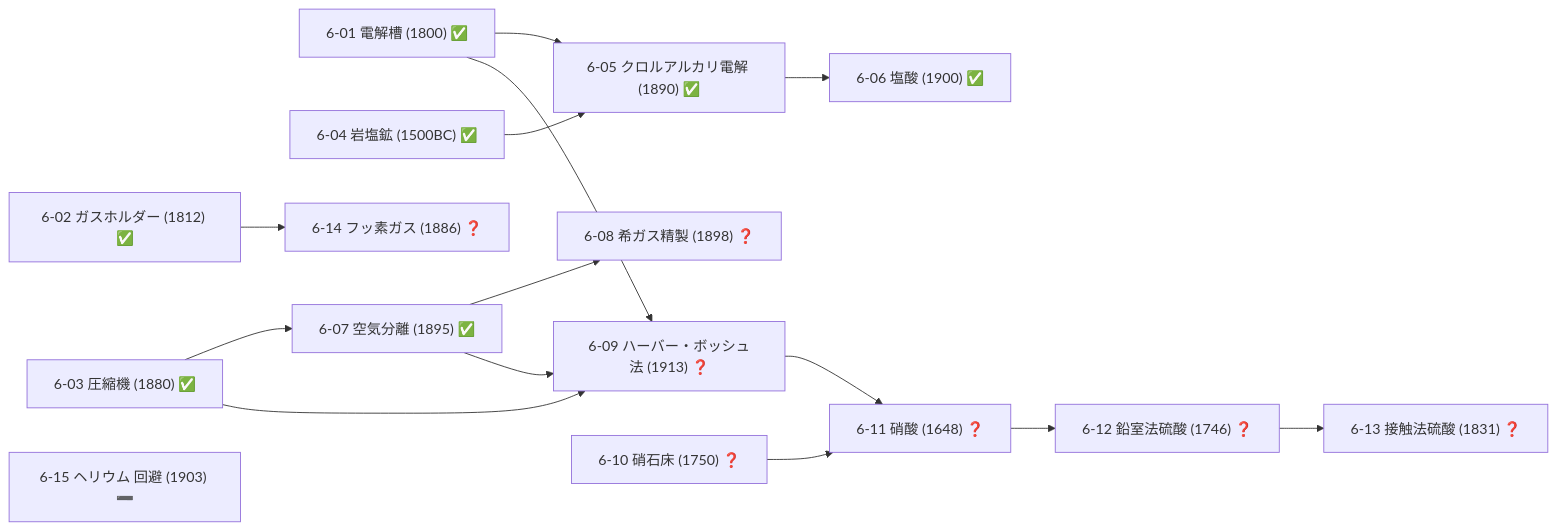
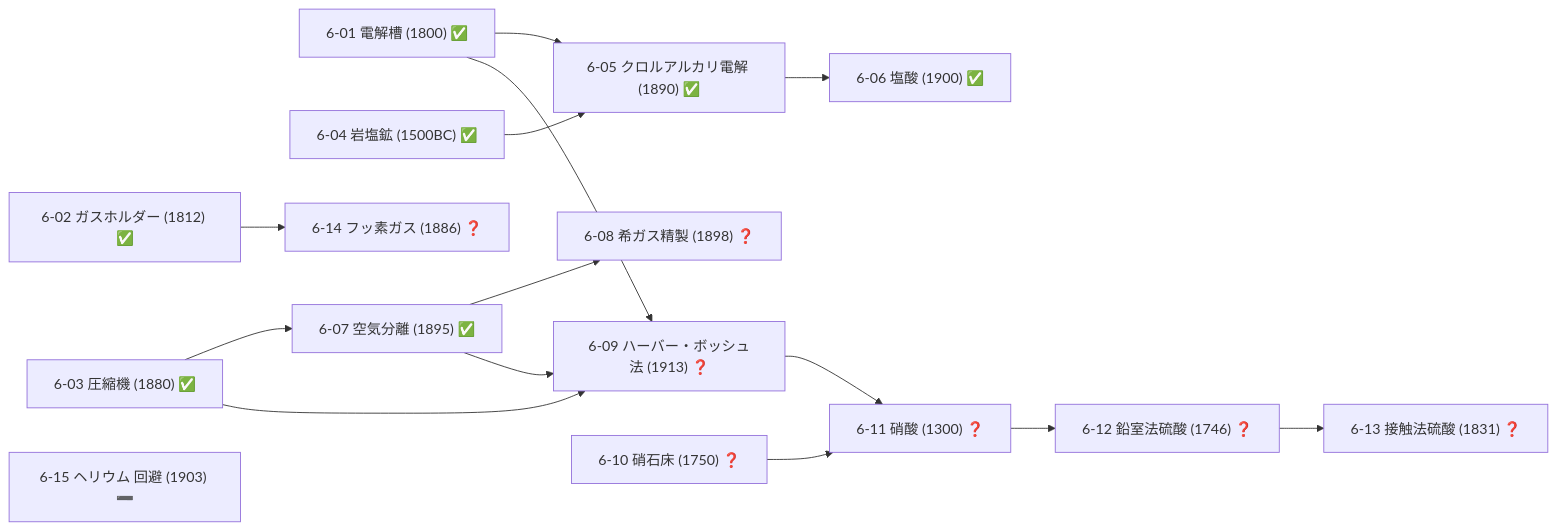
Before and after one commit to taku3i0317-collab/semiconductor-lab: the ninth of 19 diagrams in docs/TECH_TREE_VIEW.md, drawn with Mermaid. The commit also changed other lines of this file and 7 other files, not shown here.

````diff
--- a/docs/TECH_TREE_VIEW.md
+++ b/docs/TECH_TREE_VIEW.md
@@ -415,31 +416,31 @@
 ```mermaid
 graph LR
   n6_01["6-01 電解槽 (1800) ✅"]
   n6_02["6-02 ガスホルダー (1812) ✅"]
   n6_03["6-03 圧縮機 (1880) ✅"]
   n6_04["6-04 岩塩鉱 (1500BC) ✅"]
   n6_05["6-05 クロルアルカリ電解 (1890) ✅"]
   n6_06["6-06 塩酸 (1900) ✅"]
   n6_07["6-07 空気分離 (1895) ✅"]
   n6_08["6-08 希ガス精製 (1898) ❓"]
   n6_09["6-09 ハーバー・ボッシュ法 (1913) ❓"]
   n6_10["6-10 硝石床 (1750) ❓"]
-  n6_11["6-11 硝酸 (1648) ❓"]
+  n6_11["6-11 硝酸 (1300) ❓"]
   n6_12["6-12 鉛室法硫酸 (1746) ❓"]
   n6_13["6-13 接触法硫酸 (1831) ❓"]
   n6_14["6-14 フッ素ガス (1886) ❓"]
   n6_15["6-15 ヘリウム 回避 (1903) ➖"]
   n6_01-->n6_05
   n6_04-->n6_05
   n6_05-->n6_06
   n6_03-->n6_07
   n6_07-->n6_08
   n6_01-->n6_09
   n6_03-->n6_09
   n6_07-->n6_09
   n6_09-->n6_11
   n6_10-->n6_11
   n6_11-->n6_12
   n6_12-->n6_13
   n6_02-->n6_14
 ```
````
